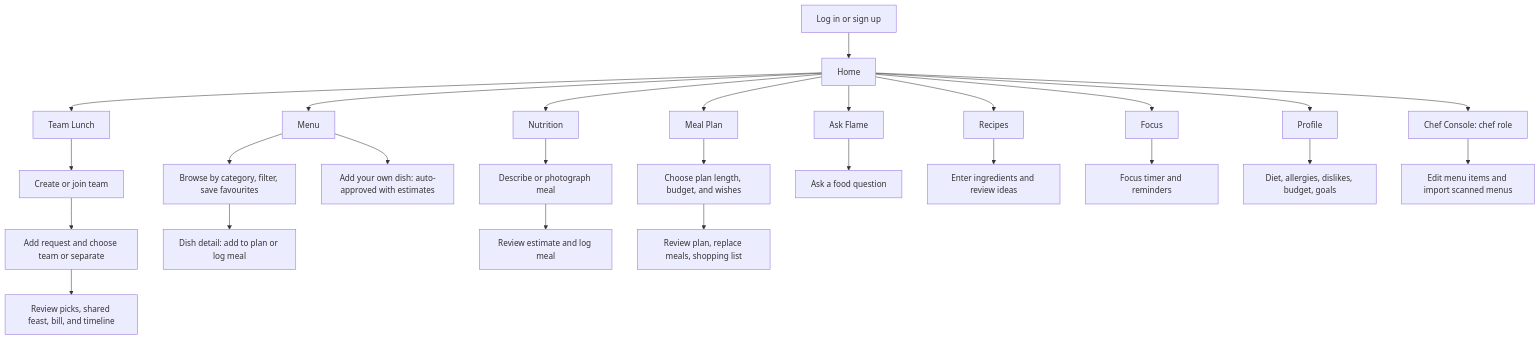
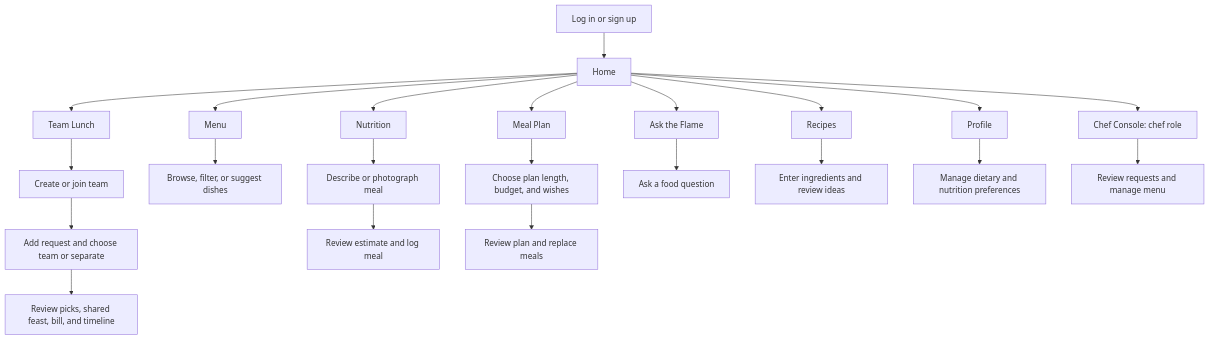
Before and after one commit to fajarshahzad/Flame-n-Focus: the first of 3 diagrams in README.md, drawn with Mermaid. The commit also changed other lines of this file, not shown here.

````diff
--- a/README.md
+++ b/README.md
@@ -21,28 +19,24 @@
 ```mermaid
 flowchart TD
 	Auth[Log in or sign up] --> Home[Home]
 	Home --> Team[Team Lunch]
 	Home --> Menu[Menu]
 	Home --> Nutrition[Nutrition]
 	Home --> Plan[Meal Plan]
-	Home --> Ask[Ask Flame]
+	Home --> Ask[Ask the Flame]
 	Home --> Recipes[Recipes]
-	Home --> Focus[Focus]
 	Home --> Profile[Profile]
 	Home --> Chef[Chef Console: chef role]
 	Team --> Setup[Create or join team]
 	Setup --> Request[Add request and choose team or separate]
 	Request --> Results[Review picks, shared feast, bill, and timeline]
-	Menu --> Browse[Browse by category, filter, save favourites]
-	Browse --> Detail[Dish detail: add to plan or log meal]
-	Menu --> Suggest[Add your own dish: auto-approved with estimates]
+	Menu --> Browse[Browse, filter, or suggest dishes]
 	Nutrition --> Analyze[Describe or photograph meal]
 	Analyze --> Log[Review estimate and log meal]
 	Plan --> Generate[Choose plan length, budget, and wishes]
-	Generate --> Review[Review plan, replace meals, shopping list]
+	Generate --> Review[Review plan and replace meals]
 	Ask --> Chat[Ask a food question]
 	Recipes --> RecipeIdeas[Enter ingredients and review ideas]
-	Focus --> Timer[Focus timer and reminders]
-	Profile --> Preferences[Diet, allergies, dislikes, budget, goals]
-	Chef --> MenuAdmin[Edit menu items and import scanned menus]
+	Profile --> Preferences[Manage dietary and nutrition preferences]
+	Chef --> MenuAdmin[Review requests and manage menu]
 ```
````
